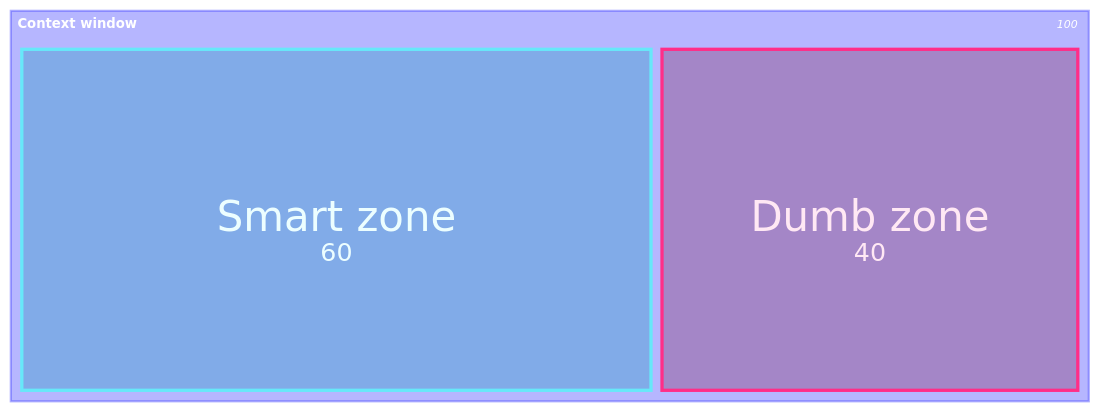
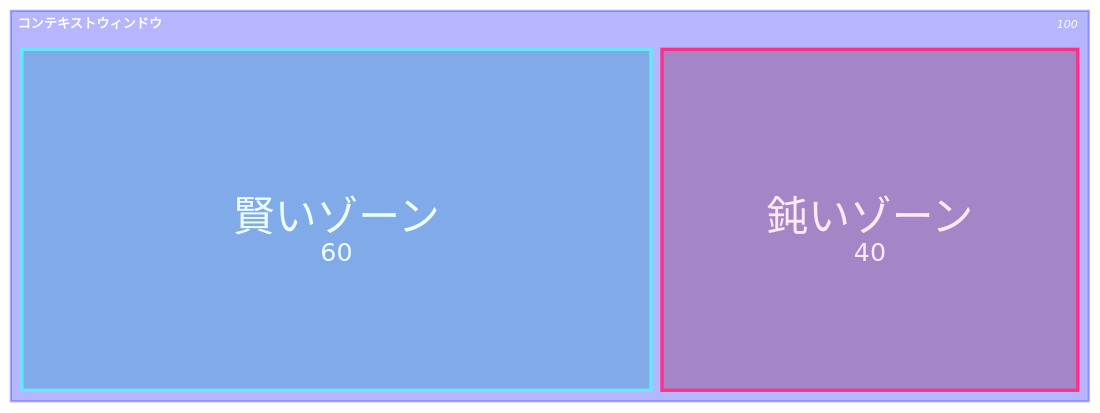
The first of 6 diagrams in src/content/playbook/context-engineering.md (theomonfort/Github-copilot-workshop), drawn with Mermaid before and after one commit. The commit also changed other lines of this file and 16 other files, not shown here.

````diff
--- a/src/content/playbook/context-engineering.md
+++ b/src/content/playbook/context-engineering.md
@@ -41,8 +41,8 @@
 ```mermaid
 treemap-beta
-"Context window"
-  "Smart zone": 60:::smart
-  "Dumb zone": 40:::dumb
+"コンテキストウィンドウ"
+  "賢いゾーン": 60:::smart
+  "鈍いゾーン": 40:::dumb
 classDef smart fill:#0891b2,stroke:#67e8f9,color:#ecfeff
 classDef dumb fill:#7a1748,stroke:#ff2e88,color:#ffe8f4
 ```
````
